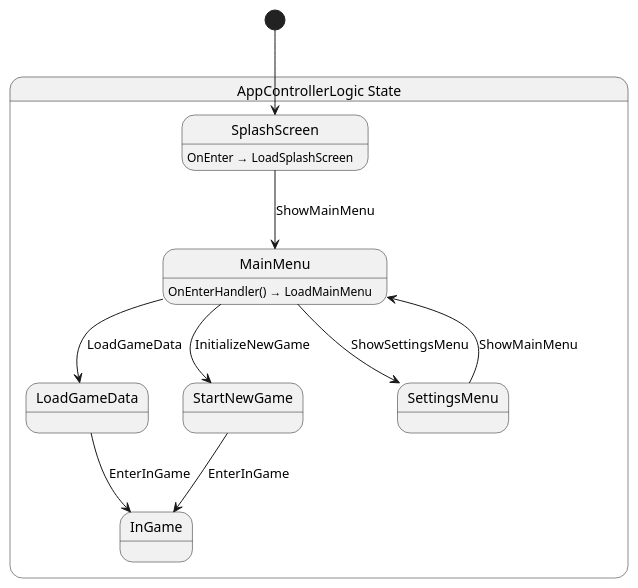
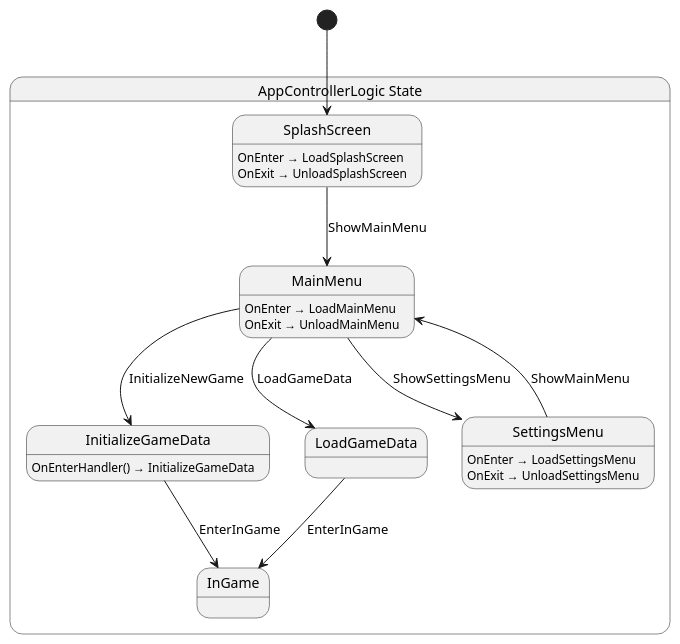
Before and after one commit to zheladev/ADHDGame: the diagram in src/scenes/app_controller/logic/AppControllerLogic.g.puml, drawn with PlantUML. The commit also changed 15 other files, not shown here.

```diff
--- a/src/scenes/app_controller/logic/AppControllerLogic.g.puml
+++ b/src/scenes/app_controller/logic/AppControllerLogic.g.puml
@@ -1,23 +1,28 @@
 @startuml AppControllerLogic
 state "AppControllerLogic State" as ADHDGame_Scenes_AppController_AppControllerLogic_State {
   state "InGame" as ADHDGame_Scenes_AppController_AppControllerLogic_State_InGame
+  state "InitializeGameData" as ADHDGame_Scenes_AppController_AppControllerLogic_State_InitializeGameData
   state "LoadGameData" as ADHDGame_Scenes_AppController_AppControllerLogic_State_LoadGameData
   state "MainMenu" as ADHDGame_Scenes_AppController_AppControllerLogic_State_MainMenu
   state "SettingsMenu" as ADHDGame_Scenes_AppController_AppControllerLogic_State_SettingsMenu
   state "SplashScreen" as ADHDGame_Scenes_AppController_AppControllerLogic_State_SplashScreen
-  state "StartNewGame" as ADHDGame_Scenes_AppController_AppControllerLogic_State_StartNewGame
 }
 
+ADHDGame_Scenes_AppController_AppControllerLogic_State_InitializeGameData --> ADHDGame_Scenes_AppController_AppControllerLogic_State_InGame : EnterInGame
 ADHDGame_Scenes_AppController_AppControllerLogic_State_LoadGameData --> ADHDGame_Scenes_AppController_AppControllerLogic_State_InGame : EnterInGame
+ADHDGame_Scenes_AppController_AppControllerLogic_State_MainMenu --> ADHDGame_Scenes_AppController_AppControllerLogic_State_InitializeGameData : InitializeNewGame
 ADHDGame_Scenes_AppController_AppControllerLogic_State_MainMenu --> ADHDGame_Scenes_AppController_AppControllerLogic_State_LoadGameData : LoadGameData
 ADHDGame_Scenes_AppController_AppControllerLogic_State_MainMenu --> ADHDGame_Scenes_AppController_AppControllerLogic_State_SettingsMenu : ShowSettingsMenu
-ADHDGame_Scenes_AppController_AppControllerLogic_State_MainMenu --> ADHDGame_Scenes_AppController_AppControllerLogic_State_StartNewGame : InitializeNewGame
 ADHDGame_Scenes_AppController_AppControllerLogic_State_SettingsMenu --> ADHDGame_Scenes_AppController_AppControllerLogic_State_MainMenu : ShowMainMenu
 ADHDGame_Scenes_AppController_AppControllerLogic_State_SplashScreen --> ADHDGame_Scenes_AppController_AppControllerLogic_State_MainMenu : ShowMainMenu
-ADHDGame_Scenes_AppController_AppControllerLogic_State_StartNewGame --> ADHDGame_Scenes_AppController_AppControllerLogic_State_InGame : EnterInGame
 
-ADHDGame_Scenes_AppController_AppControllerLogic_State_MainMenu : OnEnterHandler() → LoadMainMenu
+ADHDGame_Scenes_AppController_AppControllerLogic_State_InitializeGameData : OnEnterHandler() → InitializeGameData
+ADHDGame_Scenes_AppController_AppControllerLogic_State_MainMenu : OnEnter → LoadMainMenu
+ADHDGame_Scenes_AppController_AppControllerLogic_State_MainMenu : OnExit → UnloadMainMenu
+ADHDGame_Scenes_AppController_AppControllerLogic_State_SettingsMenu : OnEnter → LoadSettingsMenu
+ADHDGame_Scenes_AppController_AppControllerLogic_State_SettingsMenu : OnExit → UnloadSettingsMenu
 ADHDGame_Scenes_AppController_AppControllerLogic_State_SplashScreen : OnEnter → LoadSplashScreen
+ADHDGame_Scenes_AppController_AppControllerLogic_State_SplashScreen : OnExit → UnloadSplashScreen
 
 [*] --> ADHDGame_Scenes_AppController_AppControllerLogic_State_SplashScreen
 @enduml
```
